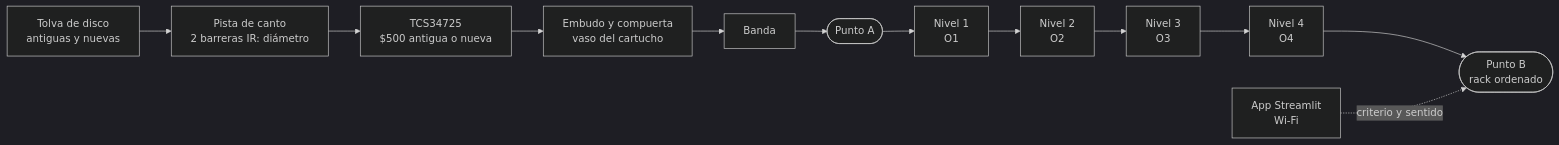
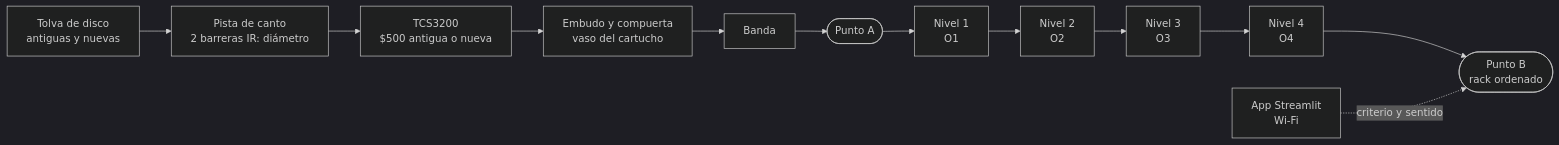
The first of 2 diagrams in README.md (Johan-C777/coin-sorting-robot-pybullet), drawn with Mermaid (dark theme) before and after one commit. The commit also changed other lines of this file and 16 other files, not shown here.

````diff
--- a/README.md
+++ b/README.md
@@ -51,11 +51,11 @@
 ```mermaid
 flowchart LR
     T["Tolva de disco<br/>antiguas y nuevas"] --> R["Pista de canto<br/>2 barreras IR: diámetro"]
-    R --> IR["TCS34725<br/>$500 antigua o nueva"]
+    R --> IR["TCS3200<br/>$500 antigua o nueva"]
     IR --> C["Embudo y compuerta<br/>vaso del cartucho"]
     C --> B["Banda"]
     B --> A(["Punto A"])
     A --> O1["Nivel 1<br/>O1"] --> O2["Nivel 2<br/>O2"] --> O3["Nivel 3<br/>O3"] --> O4["Nivel 4<br/>O4"]
     O4 --> Bp(["Punto B<br/>rack ordenado"])
     APP["App Streamlit<br/>Wi-Fi"] -. "criterio y sentido" .-> Bp
 ```
````
